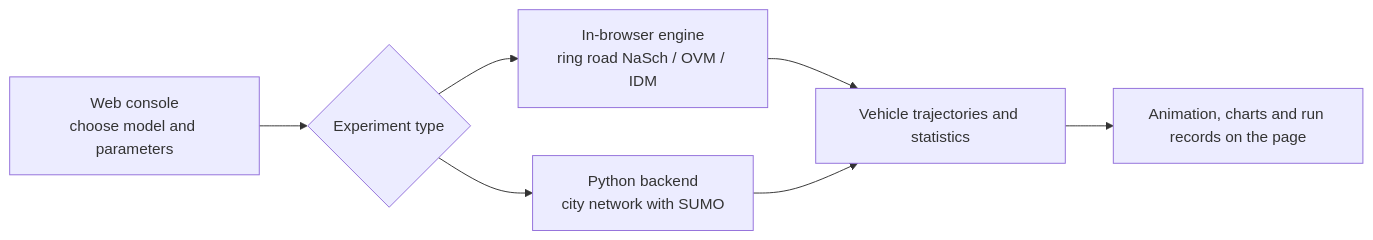
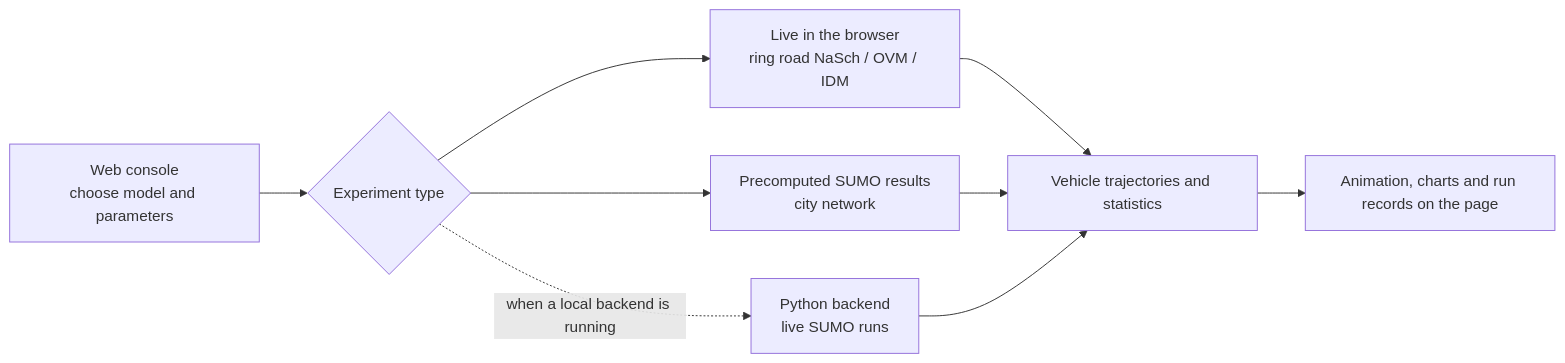
Before and after one commit to laozhongjie/agent-based-traffic-modeling: the second of 2 diagrams in Project_Overview_EN.md, drawn with Mermaid. The commit also changed other lines of this file and 2 other files, not shown here.

First line of the commit message:
Use precomputed SUMO results for city-network experiments

````diff
--- a/Project_Overview_EN.md
+++ b/Project_Overview_EN.md
@@ -302,9 +300,11 @@
 ```mermaid
 flowchart LR
     A[Web console<br/>choose model and parameters] --> B{Experiment type}
-    B --> C[In-browser engine<br/>ring road NaSch / OVM / IDM]
-    B --> D[Python backend<br/>city network with SUMO]
+    B --> C[Live in the browser<br/>ring road NaSch / OVM / IDM]
+    B --> D[Precomputed SUMO results<br/>city network]
+    B -. when a local backend is running .-> G[Python backend<br/>live SUMO runs]
     C --> E[Vehicle trajectories and statistics]
     D --> E
+    G --> E
     E --> F[Animation, charts and run records on the page]
 ```
````
